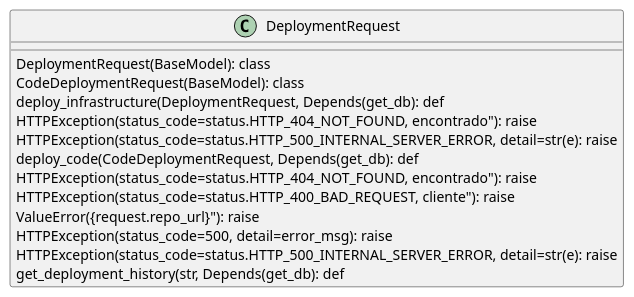
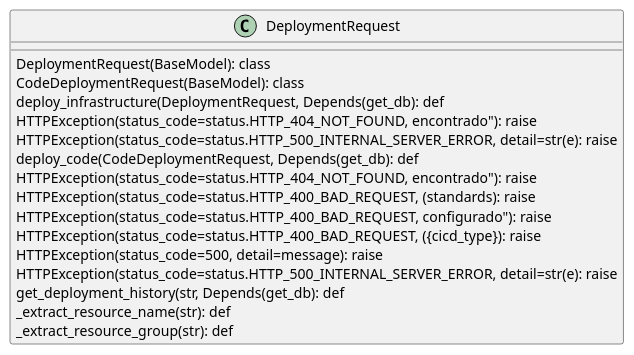
One commit to ManuelFGalindo/TWAI-DEMO-IAOPS changed the diagram in backend/app/api/deployments.puml. Above: the diagram before and after it, drawn with PlantUML. The commit also changed 10 other files, not shown here.

```diff
--- a/backend/app/api/deployments.puml
+++ b/backend/app/api/deployments.puml
@@ -1,16 +1,19 @@
 @startuml
 class DeploymentRequest {
   DeploymentRequest(BaseModel): class
   CodeDeploymentRequest(BaseModel): class
   deploy_infrastructure(DeploymentRequest, Depends(get_db): def
   HTTPException(status_code=status.HTTP_404_NOT_FOUND, encontrado"): raise
   HTTPException(status_code=status.HTTP_500_INTERNAL_SERVER_ERROR, detail=str(e): raise
   deploy_code(CodeDeploymentRequest, Depends(get_db): def
   HTTPException(status_code=status.HTTP_404_NOT_FOUND, encontrado"): raise
-  HTTPException(status_code=status.HTTP_400_BAD_REQUEST, cliente"): raise
-  ValueError({request.repo_url}"): raise
-  HTTPException(status_code=500, detail=error_msg): raise
+  HTTPException(status_code=status.HTTP_400_BAD_REQUEST, (standards): raise
+  HTTPException(status_code=status.HTTP_400_BAD_REQUEST, configurado"): raise
+  HTTPException(status_code=status.HTTP_400_BAD_REQUEST, ({cicd_type}): raise
+  HTTPException(status_code=500, detail=message): raise
   HTTPException(status_code=status.HTTP_500_INTERNAL_SERVER_ERROR, detail=str(e): raise
   get_deployment_history(str, Depends(get_db): def
+  _extract_resource_name(str): def
+  _extract_resource_group(str): def
 }
 @enduml
```
